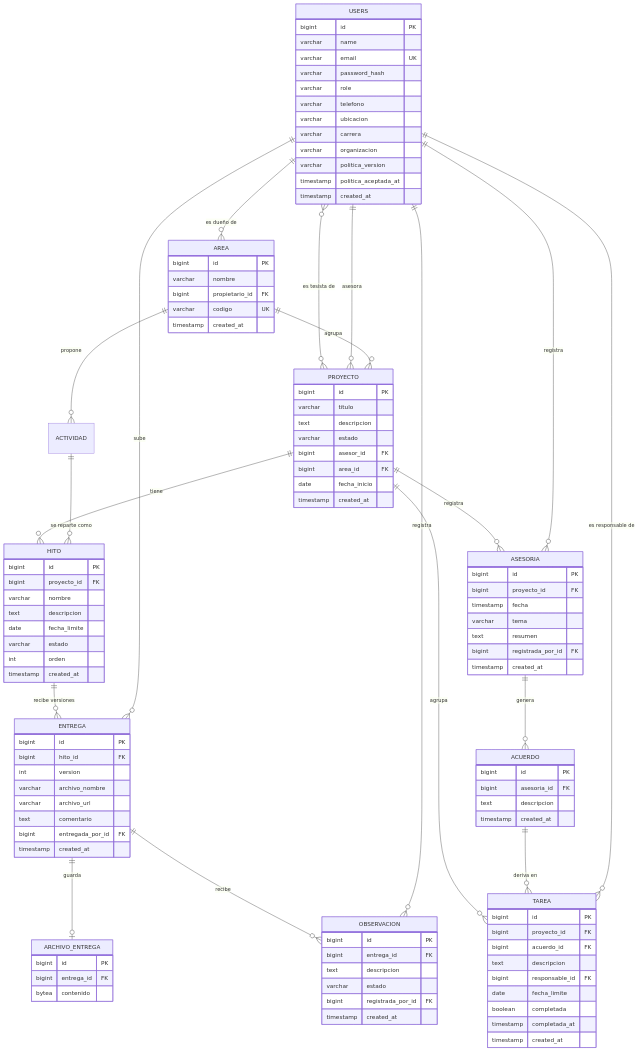
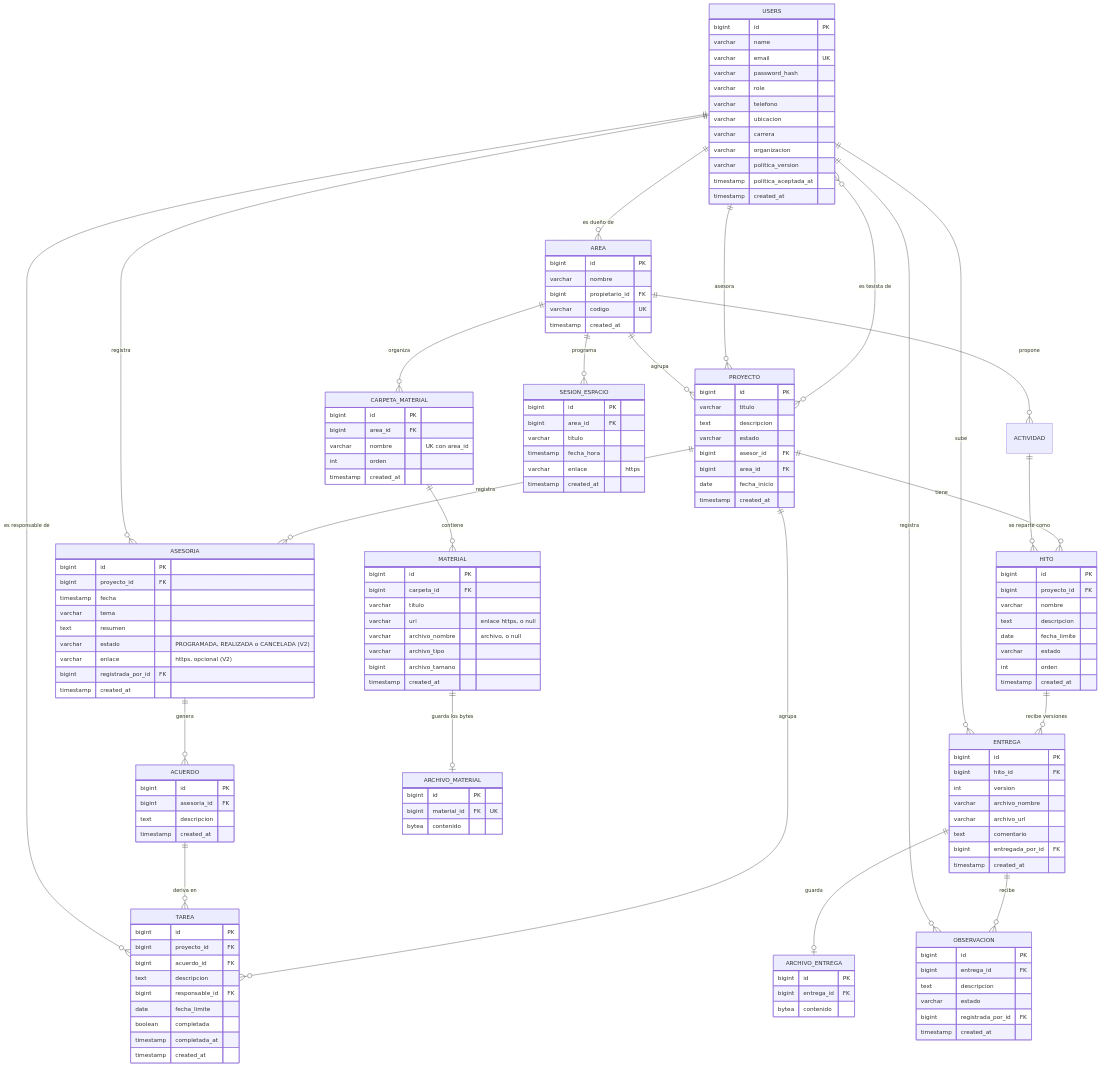
The diagram in TesisTrack/03 - Diseño/Base de datos.md (kepler04/GESTION-DE-TESIS), drawn with Mermaid before and after one commit. The commit also changed other lines of this file and 65 other files, not shown here.

First line of the commit message:
Fase 1: el espacio como aula - materiales en carpetas y reuniones con enlace

````diff
--- a/TesisTrack/03 - Diseño/Base de datos.md
+++ b/TesisTrack/03 - Diseño/Base de datos.md
@@ -43,6 +47,10 @@
     AREA ||--o{ PROYECTO : "agrupa"
     AREA ||--o{ ACTIVIDAD : "propone"
     ACTIVIDAD ||--o{ HITO : "se reparte como"
+    AREA ||--o{ CARPETA_MATERIAL : "organiza"
+    CARPETA_MATERIAL ||--o{ MATERIAL : "contiene"
+    MATERIAL ||--o| ARCHIVO_MATERIAL : "guarda los bytes"
+    AREA ||--o{ SESION_ESPACIO : "programa"
 
     USERS {
         bigint id PK
@@ -114,6 +122,8 @@
         timestamp fecha
         varchar tema
         text resumen
+        varchar estado "PROGRAMADA, REALIZADA o CANCELADA (V2)"
+        varchar enlace "https, opcional (V2)"
         bigint registrada_por_id FK
         timestamp created_at
     }
@@ -134,4 +144,34 @@
         timestamp completada_at
         timestamp created_at
     }
+    CARPETA_MATERIAL {
+        bigint id PK
+        bigint area_id FK
+        varchar nombre "UK con area_id"
+        int orden
+        timestamp created_at
+    }
+    MATERIAL {
+        bigint id PK
+        bigint carpeta_id FK
+        varchar titulo
+        varchar url "enlace https, o null"
+        varchar archivo_nombre "archivo, o null"
+        varchar archivo_tipo
+        bigint archivo_tamano
+        timestamp created_at
+    }
+    ARCHIVO_MATERIAL {
+        bigint id PK
+        bigint material_id FK "UK"
+        bytea contenido
+    }
+    SESION_ESPACIO {
+        bigint id PK
+        bigint area_id FK
+        varchar titulo
+        timestamp fecha_hora
+        varchar enlace "https"
+        timestamp created_at
+    }
 ```
````
